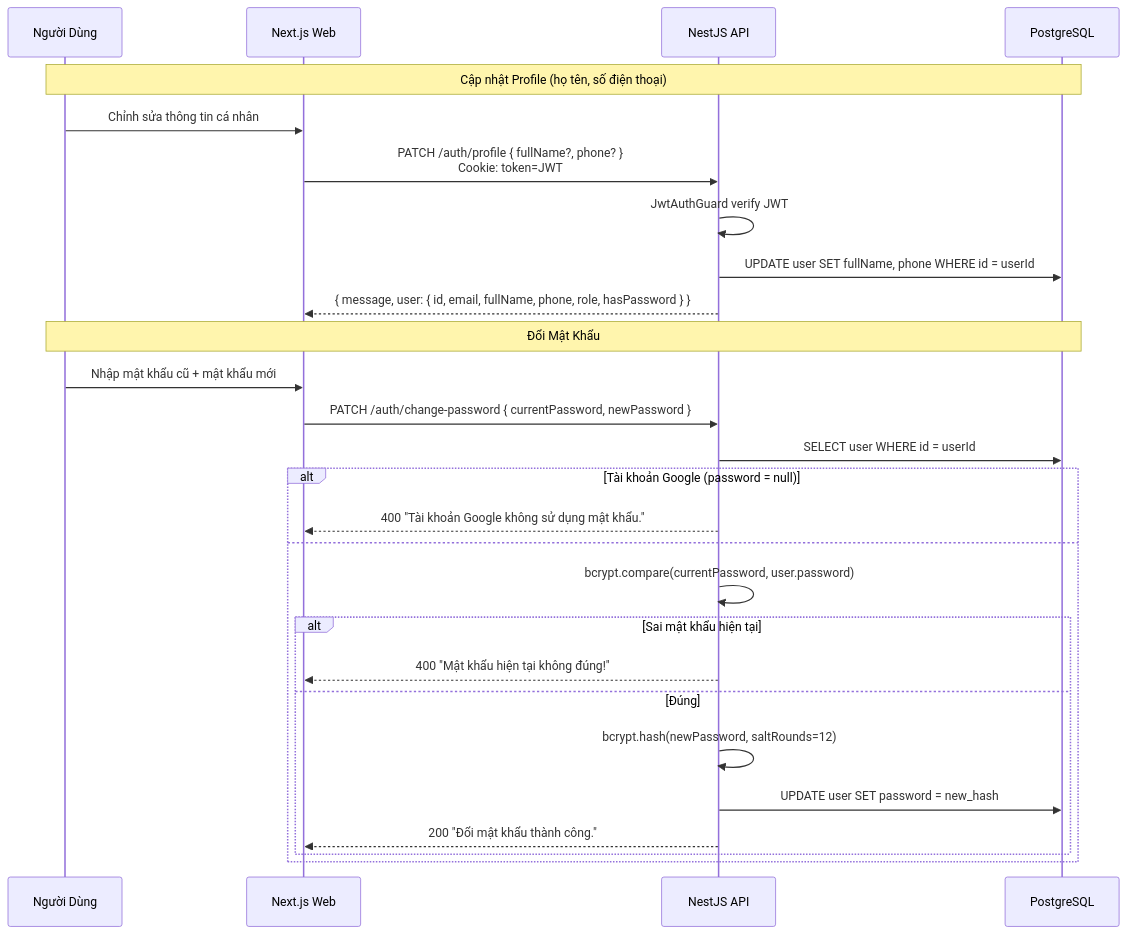
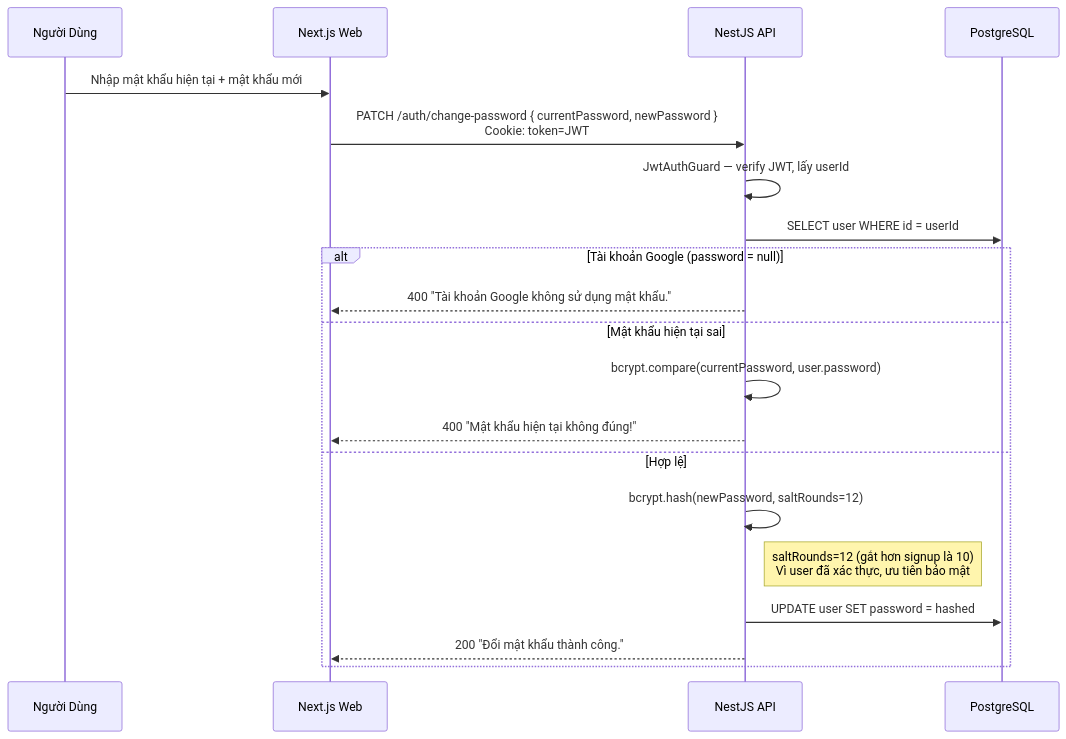
Before and after one commit to dorayakiiiiz/ticket-box: the eighth of 10 diagrams in blueprint/specs/auth.md, drawn with Mermaid. The commit also changed other lines of this file and 3 other files, not shown here.

````diff
--- a/blueprint/specs/auth.md
+++ b/blueprint/specs/auth.md
@@ -222,31 +335,25 @@
 ```mermaid
 sequenceDiagram
     participant U as Người Dùng
     participant FE as Next.js Web
     participant BE as NestJS API
     participant DB as PostgreSQL
 
-    Note over U,DB: Cập nhật Profile (họ tên, số điện thoại)
-    U->>FE: Chỉnh sửa thông tin cá nhân
-    FE->>BE: PATCH /auth/profile { fullName?, phone? }<br/>Cookie: token=JWT
-    BE->>BE: JwtAuthGuard verify JWT
-    BE->>DB: UPDATE user SET fullName, phone WHERE id = userId
-    BE-->>FE: { message, user: { id, email, fullName, phone, role, hasPassword } }
+    U->>FE: Nhập mật khẩu hiện tại + mật khẩu mới
+    FE->>BE: PATCH /auth/change-password { currentPassword, newPassword }<br/>Cookie: token=JWT
 
-    Note over U,DB: Đổi Mật Khẩu
-    U->>FE: Nhập mật khẩu cũ + mật khẩu mới
-    FE->>BE: PATCH /auth/change-password { currentPassword, newPassword }
+    BE->>BE: JwtAuthGuard — verify JWT, lấy userId
     BE->>DB: SELECT user WHERE id = userId
+
     alt Tài khoản Google (password = null)
         BE-->>FE: 400 "Tài khoản Google không sử dụng mật khẩu."
-    else
+    else Mật khẩu hiện tại sai
         BE->>BE: bcrypt.compare(currentPassword, user.password)
-        alt Sai mật khẩu hiện tại
-            BE-->>FE: 400 "Mật khẩu hiện tại không đúng!"
-        else Đúng
-            BE->>BE: bcrypt.hash(newPassword, saltRounds=12)
-            BE->>DB: UPDATE user SET password = new_hash
-            BE-->>FE: 200 "Đổi mật khẩu thành công."
-        end
+        BE-->>FE: 400 "Mật khẩu hiện tại không đúng!"
+    else Hợp lệ
+        BE->>BE: bcrypt.hash(newPassword, saltRounds=12)
+        Note right of BE: saltRounds=12 (gắt hơn signup là 10)<br/>Vì user đã xác thực, ưu tiên bảo mật
+        BE->>DB: UPDATE user SET password = hashed
+        BE-->>FE: 200 "Đổi mật khẩu thành công."
     end
 ```
````
